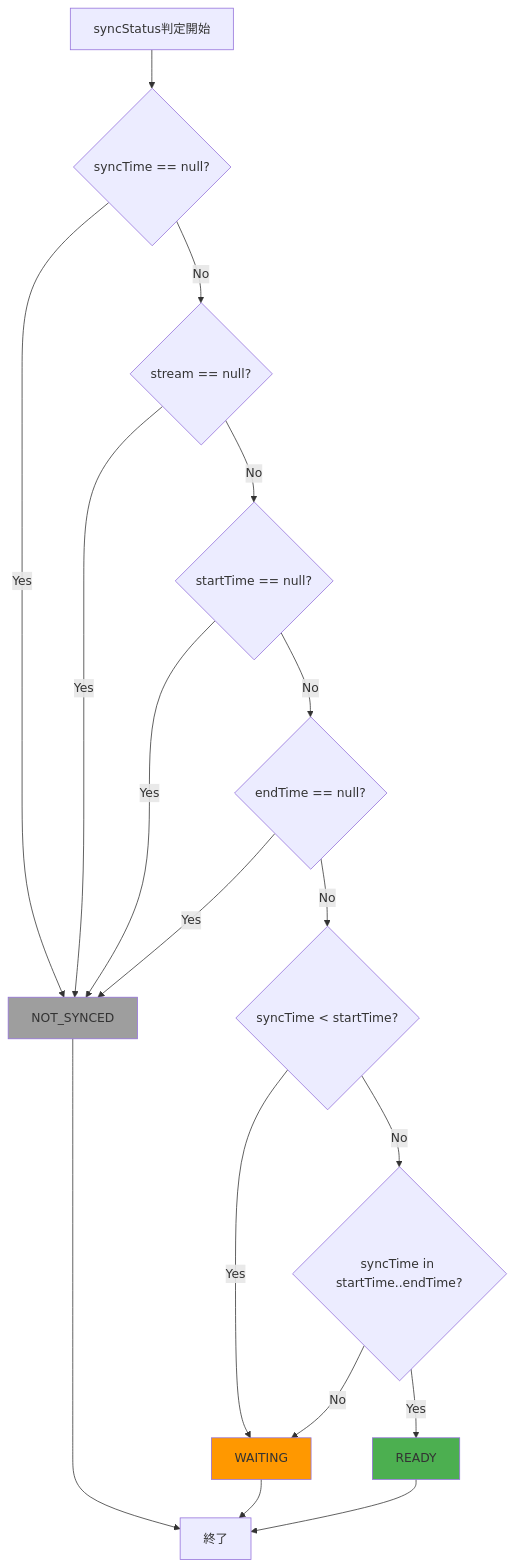
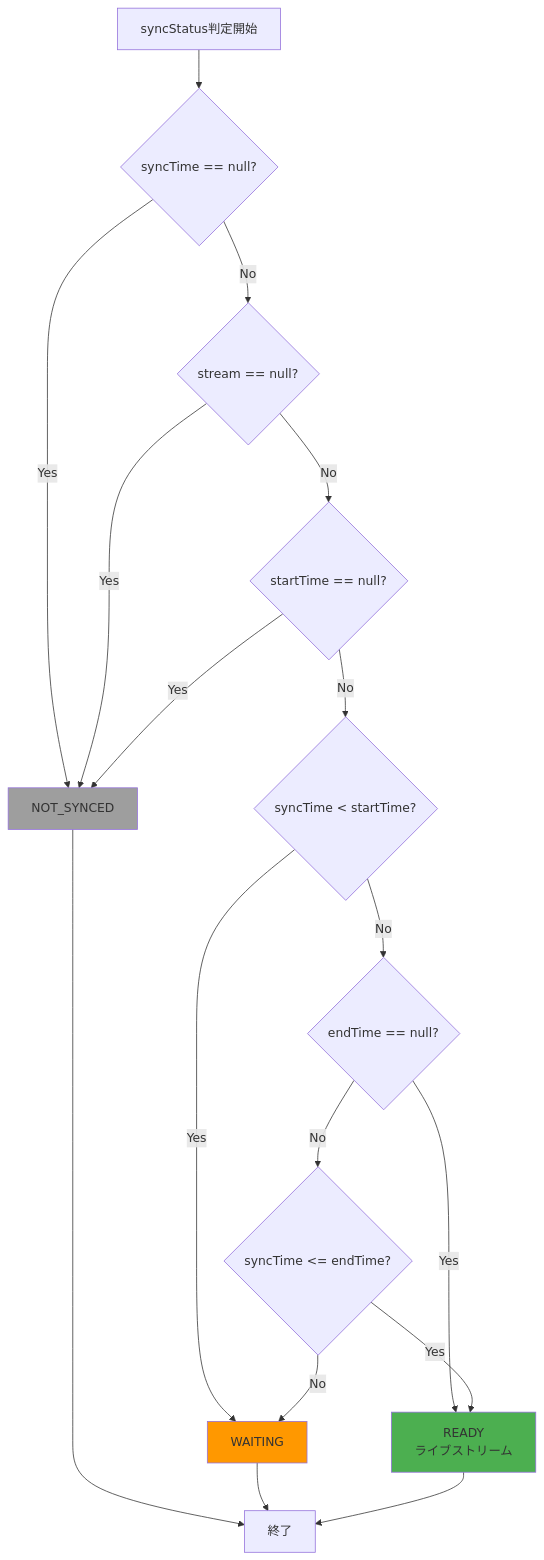
The fifth of 6 diagrams in feature/timeline_sync/sync_time/screen-transition.md (saki0000/collab-stream), drawn with Mermaid before and after one commit. The commit also changed other lines of this file and 1 other file, not shown here.

Commit message:
fix: PRレビュー指摘対応 - ライブストリーム対応とSyncStatus定義明確化
Gemini Code Assistのレビュー指摘に対応：

1. 高優先度: ライブストリーム（endTime == null）の扱いを修正
   - セクション2.1: アーカイブ動画とライブストリームの両方を対象に変更
   - calculateSyncStatus: endTime == nullの場合、READY状態として扱う
   - 既存実装との整合性を確保

2. 中優先度: SyncStatus.WAITINGの定義を明確化
   - ユーザーストーリー: 「ストリームの再生可能範囲外」に変更
   - WAITING条件: アーカイブ開始前またはアーカイブ終了後
   - READY条件: アーカイブ範囲内またはライブストリーム配信中

変更内容:
- REQUIREMENTS.md:
  - 2.1節: ライブストリーム対象化
  - 2.6節: SyncStatus判定ロジック更新
  - 4.3節: calculateSyncStatus実装更新
  - 7.3節: 対象外からライブストリーム削除
- screen-transition.md:
  - 4節: SyncStatus判定フローMermaid図更新
  - 判定ロジック: endTime == nullケース追加

````diff
--- a/feature/timeline_sync/sync_time/screen-transition.md
+++ b/feature/timeline_sync/sync_time/screen-transition.md
@@ -384,24 +384,24 @@
 ```mermaid
 flowchart TD
     Start[syncStatus判定開始] --> CheckSyncTime{syncTime == null?}
     CheckSyncTime -->|Yes| NotSynced[NOT_SYNCED]
     CheckSyncTime -->|No| CheckStream{stream == null?}
     CheckStream -->|Yes| NotSynced
     CheckStream -->|No| CheckStartTime{startTime == null?}
     CheckStartTime -->|Yes| NotSynced
-    CheckStartTime -->|No| CheckEndTime{endTime == null?}
-    CheckEndTime -->|Yes| NotSynced
-    CheckEndTime -->|No| CompareStart{syncTime < startTime?}
+    CheckStartTime -->|No| CompareStart{syncTime < startTime?}
     CompareStart -->|Yes| Waiting[WAITING]
-    CompareStart -->|No| CompareRange{syncTime in startTime..endTime?}
-    CompareRange -->|Yes| Ready[READY]
-    CompareRange -->|No| Waiting
+    CompareStart -->|No| CheckEndTime{endTime == null?}
+    CheckEndTime -->|Yes| Ready[READY<br/>ライブストリーム]
+    CheckEndTime -->|No| CompareEnd{syncTime <= endTime?}
+    CompareEnd -->|Yes| Ready
+    CompareEnd -->|No| Waiting
 
     NotSynced --> End[終了]
     Waiting --> End
     Ready --> End
 
     style NotSynced fill:#9e9e9e
     style Waiting fill:#ff9800
     style Ready fill:#4caf50
 ```
````
